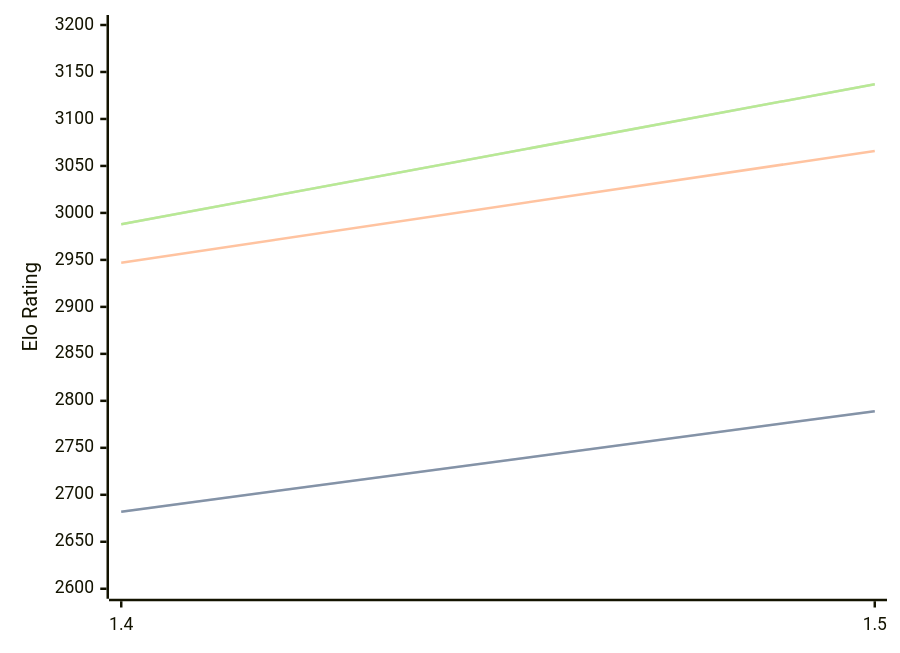
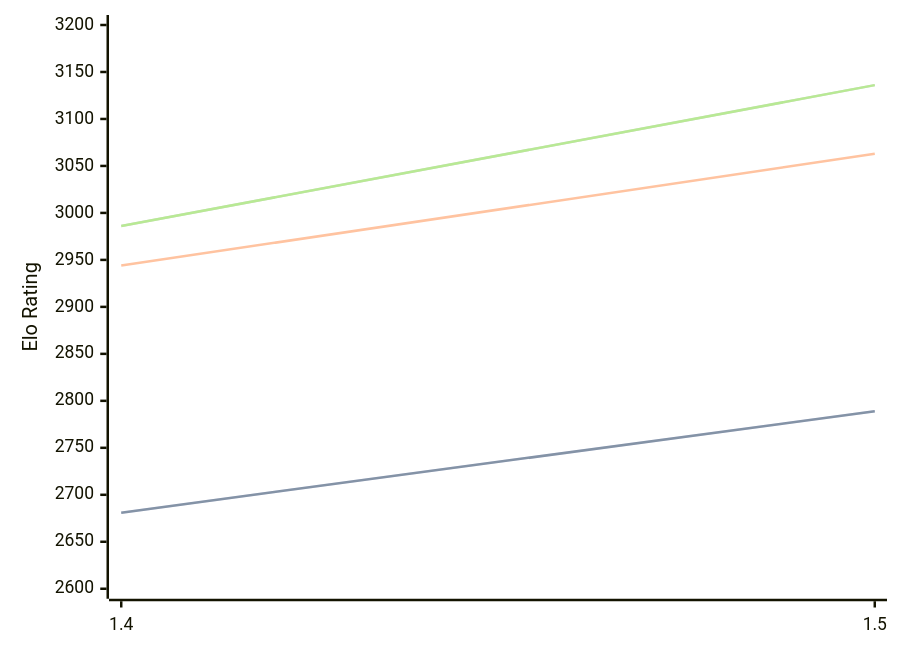
The diagram in engines/Yakka.md (computer-chess-index/cci), drawn with Mermaid before and after one commit. The commit also changed other lines of this file, not shown here.

Commit message:
Update CCI Ratings (ELO VLTC) - 2026-03-31

````diff
--- a/engines/Yakka.md
+++ b/engines/Yakka.md
@@ -36,11 +36,11 @@
 ```mermaid
 %%{init: {"theme":"base","themeVariables":{"seriesColors:['#a3a3a3','#222221','#faa371']}}}%%
 xychart-beta
   x-axis ["1.4", "1.5"]
   y-axis "Elo Rating" 2600 --> 3200
-  line "STC (8.0+0.08s)" [2682, 2789]
-  line "STC (8.0+0.08s)" [2682, 2789]
-  line "LTC (60.0+0.60s)" [2947, 3066]
-  line "VLTC (2m24s+1.12s)" [2988, 3137]
-  line "VLTC (2m24s+1.12s)" [2988, 3137]
+  line "STC (8.0+0.08s)" [2681, 2789]
+  line "STC (8.0+0.08s)" [2681, 2789]
+  line "LTC (60.0+0.60s)" [2944, 3063]
+  line "VLTC (2m24s+1.12s)" [2986, 3136]
+  line "VLTC (2m24s+1.12s)" [2986, 3136]
 ```
````
